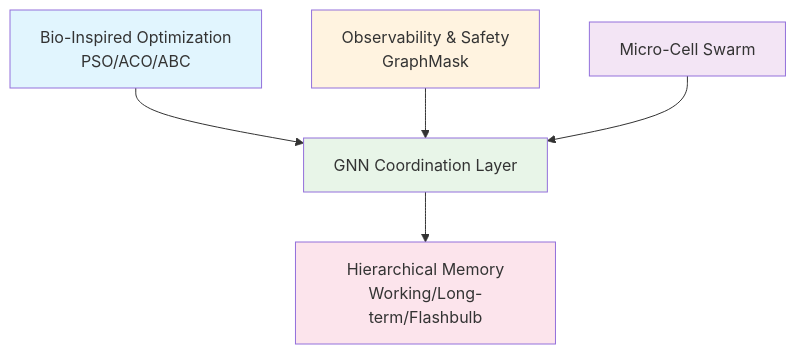
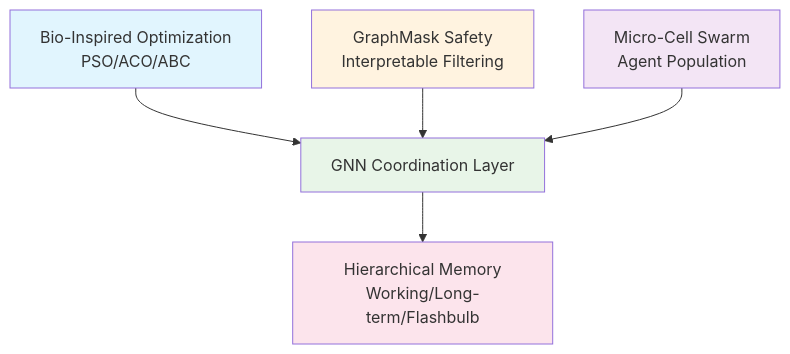
Before and after one commit to NeilLi/Hybrid-AI-Brain: the diagram in README.md, drawn with Mermaid. The commit also changed other lines of this file, not shown here.

````diff
--- a/README.md
+++ b/README.md
@@ -107,13 +319,13 @@
 ```mermaid
 graph TB
     A[Bio-Inspired Optimization<br/>PSO/ACO/ABC] --> D[GNN Coordination Layer]
-    B[Observability & Safety<br/>GraphMask] --> D
-    C[Micro-Cell Swarm] --> D
+    B[GraphMask Safety<br/>Interpretable Filtering] --> D
+    C[Micro-Cell Swarm<br/>Agent Population] --> D
     D --> E[Hierarchical Memory<br/>Working/Long-term/Flashbulb]
     
     style A fill:#e1f5fe
     style B fill:#fff3e0  
     style C fill:#f3e5f5
     style D fill:#e8f5e8
     style E fill:#fce4ec
 ```
````
